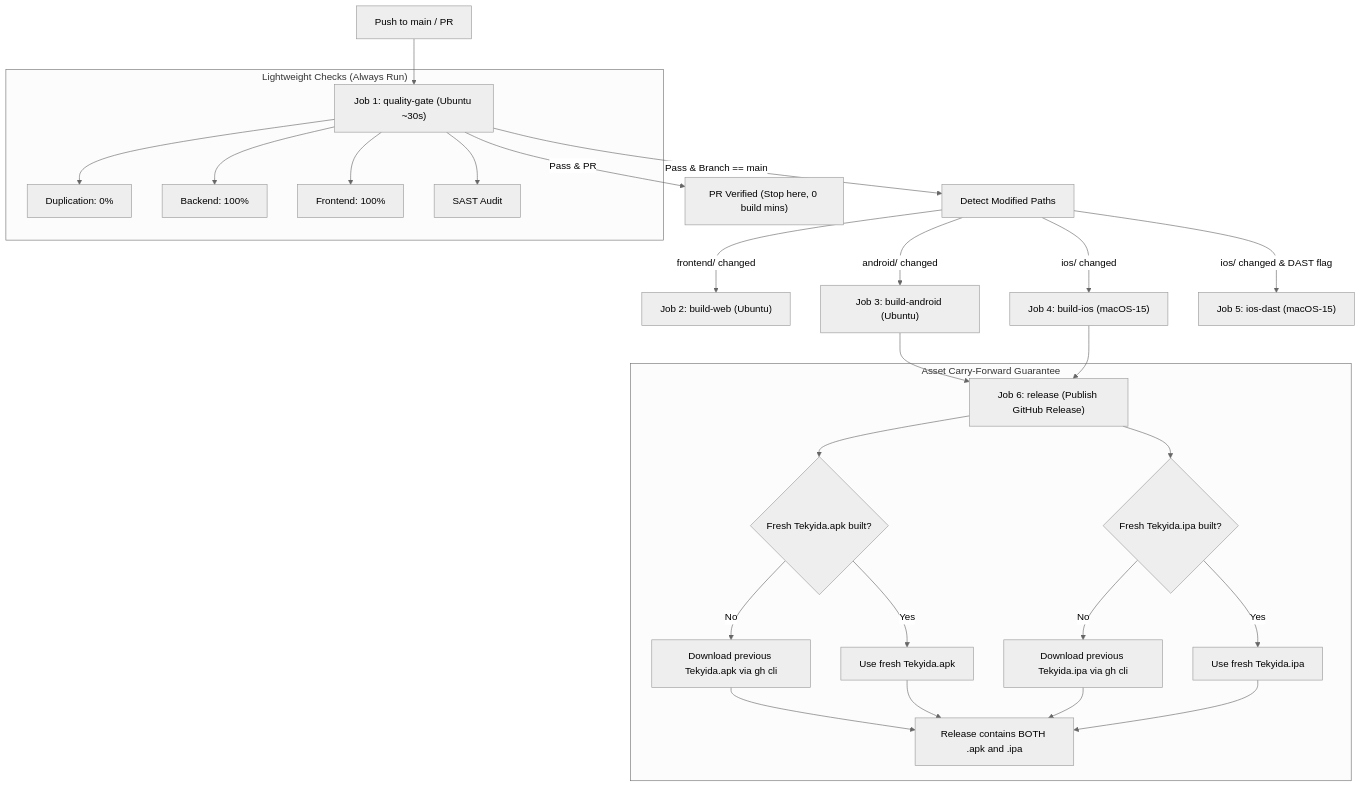
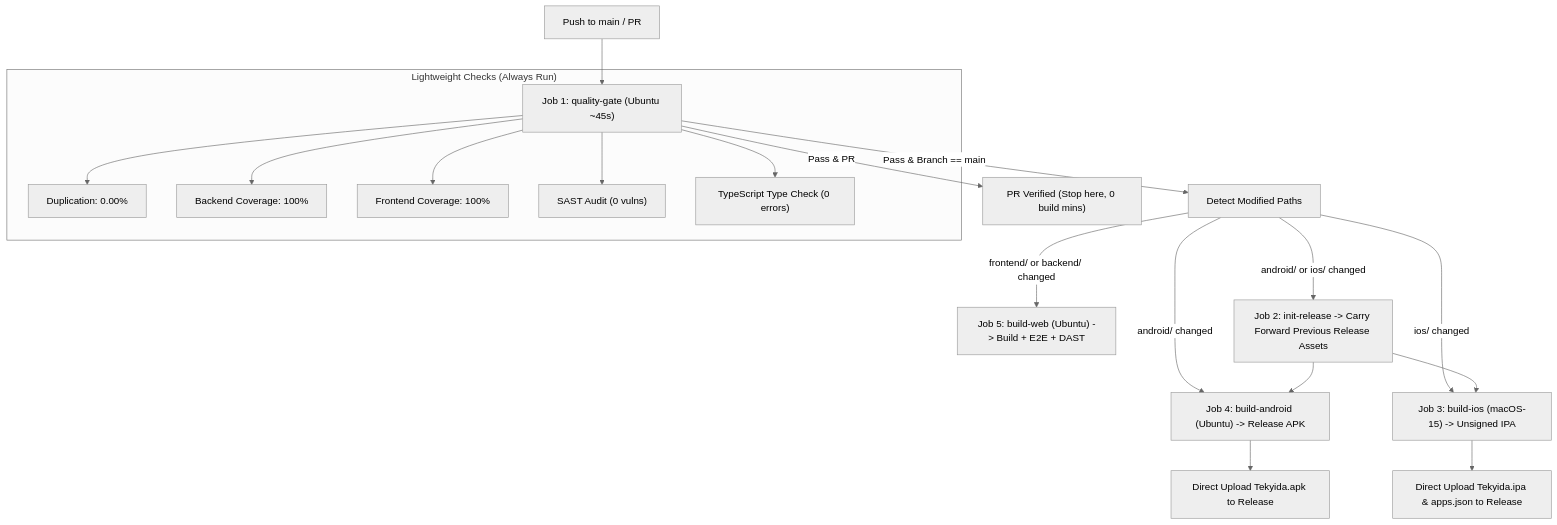
The second of 2 diagrams in docs/tests-plan.md (Mehdirben/tekyida), drawn with Mermaid (neutral theme) before and after one commit. The commit also changed other lines of this file and 13 other files, not shown here.

Commit message:
feat(tests): add Playwright Web E2E and DAST security testing suite with change-gated CI job

````diff
--- a/docs/tests-plan.md
+++ b/docs/tests-plan.md
@@ -120,34 +121,26 @@
 ```mermaid
 graph TD
-    Push["Push to main / PR"] --> QualityGate["Job 1: quality-gate (Ubuntu ~30s)"]
+    Push["Push to main / PR"] --> QualityGate["Job 1: quality-gate (Ubuntu ~45s)"]
     
     subgraph "Lightweight Checks (Always Run)"
-        QualityGate --> Q1["Duplication: 0%"]
-        QualityGate --> Q2["Backend: 100%"]
-        QualityGate --> Q3["Frontend: 100%"]
-        QualityGate --> Q4["SAST Audit"]
+        QualityGate --> Q1["Duplication: 0.00%"]
+        QualityGate --> Q2["Backend Coverage: 100%"]
+        QualityGate --> Q3["Frontend Coverage: 100%"]
+        QualityGate --> Q4["SAST Audit (0 vulns)"]
+        QualityGate --> Q5["TypeScript Type Check (0 errors)"]
     end
 
     QualityGate -->|Pass & PR| PRDone["PR Verified (Stop here, 0 build mins)"]
 
     QualityGate -->|Pass & Branch == main| PathDetect["Detect Modified Paths"]
     
-    PathDetect -->|frontend/ changed| WebBuild["Job 2: build-web (Ubuntu)"]
-    PathDetect -->|android/ changed| AndroidBuild["Job 3: build-android (Ubuntu)"]
-    PathDetect -->|ios/ changed| iOSBuild["Job 4: build-ios (macOS-15)"]
-    PathDetect -->|ios/ changed & DAST flag| iOSDast["Job 5: ios-dast (macOS-15)"]
+    PathDetect -->|frontend/ or backend/ changed| WebBuild["Job 5: build-web (Ubuntu) -> Build + E2E + DAST"]
+    PathDetect -->|android/ changed| AndroidBuild["Job 4: build-android (Ubuntu) -> Release APK"]
+    PathDetect -->|ios/ changed| iOSBuild["Job 3: build-ios (macOS-15) -> Unsigned IPA"]
+    
+    PathDetect -->|android/ or ios/ changed| InitRelease["Job 2: init-release -> Carry Forward Previous Release Assets"]
 
-    AndroidBuild & iOSBuild --> ReleaseJob["Job 6: release (Publish GitHub Release)"]
-    
-    subgraph "Asset Carry-Forward Guarantee"
-        ReleaseJob --> CheckAPK{"Fresh Tekyida.apk built?"}
-        CheckAPK -->|No| FetchAPK["Download previous Tekyida.apk via gh cli"]
-        CheckAPK -->|Yes| UseAPK["Use fresh Tekyida.apk"]
-        
-        ReleaseJob --> CheckIPA{"Fresh Tekyida.ipa built?"}
-        CheckIPA -->|No| FetchIPA["Download previous Tekyida.ipa via gh cli"]
-        CheckIPA -->|Yes| UseIPA["Use fresh Tekyida.ipa"]
-        
-        FetchAPK & UseAPK & FetchIPA & UseIPA --> Bundle["Release contains BOTH .apk and .ipa"]
-    end
+    InitRelease --> AndroidBuild & iOSBuild
+    AndroidBuild --> UploadAPK["Direct Upload Tekyida.apk to Release"]
+    iOSBuild --> UploadIPA["Direct Upload Tekyida.ipa & apps.json to Release"]
 ```
````
